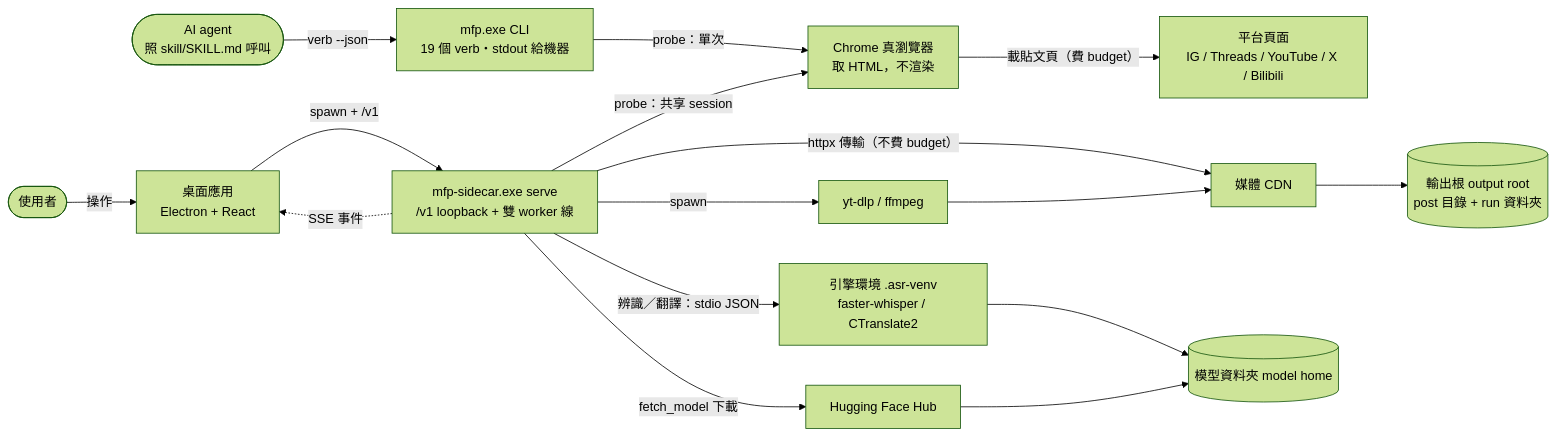
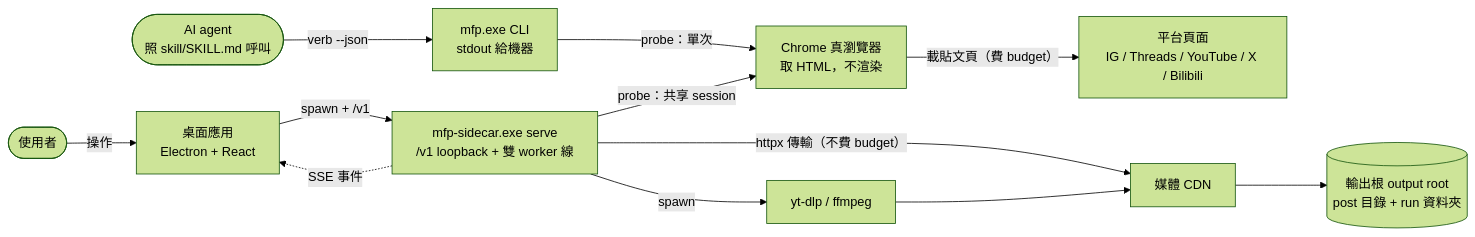
One commit to WizerdBaChe/media-fetch-pipeline changed the first of 3 diagrams in README.md. Above: the diagram before and after it, drawn with Mermaid (forest theme). The commit also changed other lines of this file and 116 other files, not shown here.

````diff
--- a/README.md
+++ b/README.md
@@ -204,38 +154,30 @@
 ```mermaid
 flowchart LR
   user(["使用者"])
   agent(["AI agent<br/>照 skill/SKILL.md 呼叫"])
 
   app["桌面應用<br/>Electron + React"]
   side["mfp-sidecar.exe serve<br/>/v1 loopback + 雙 worker 線"]
-  cli["mfp.exe CLI<br/>19 個 verb・stdout 給機器"]
+  cli["mfp.exe CLI<br/>stdout 給機器"]
 
   chrome["Chrome 真瀏覽器<br/>取 HTML，不渲染"]
   page["平台頁面<br/>IG / Threads / YouTube / X / Bilibili"]
   tools["yt-dlp / ffmpeg"]
   cdn["媒體 CDN"]
-  hf["Hugging Face Hub"]
-  venv["引擎環境 .asr-venv<br/>faster-whisper / CTranslate2"]
 
   out[("輸出根 output root<br/>post 目錄 + run 資料夾")]
-  models[("模型資料夾 model home")]
 
   user -->|操作| app
   agent -->|"verb --json"| cli
   app -->|"spawn + /v1"| side
   side -.->|"SSE 事件"| app
 
   side -->|"probe：共享 session"| chrome
   cli -->|"probe：單次"| chrome
   chrome -->|"載貼文頁（費 budget）"| page
 
   side -->|"httpx 傳輸（不費 budget）"| cdn
   side -->|spawn| tools
   tools --> cdn
   cdn --> out
-
-  side -->|"辨識／翻譯：stdio JSON"| venv
-  venv --> models
-  side -->|"fetch_model 下載"| hf
-  hf --> models
 ```
````
